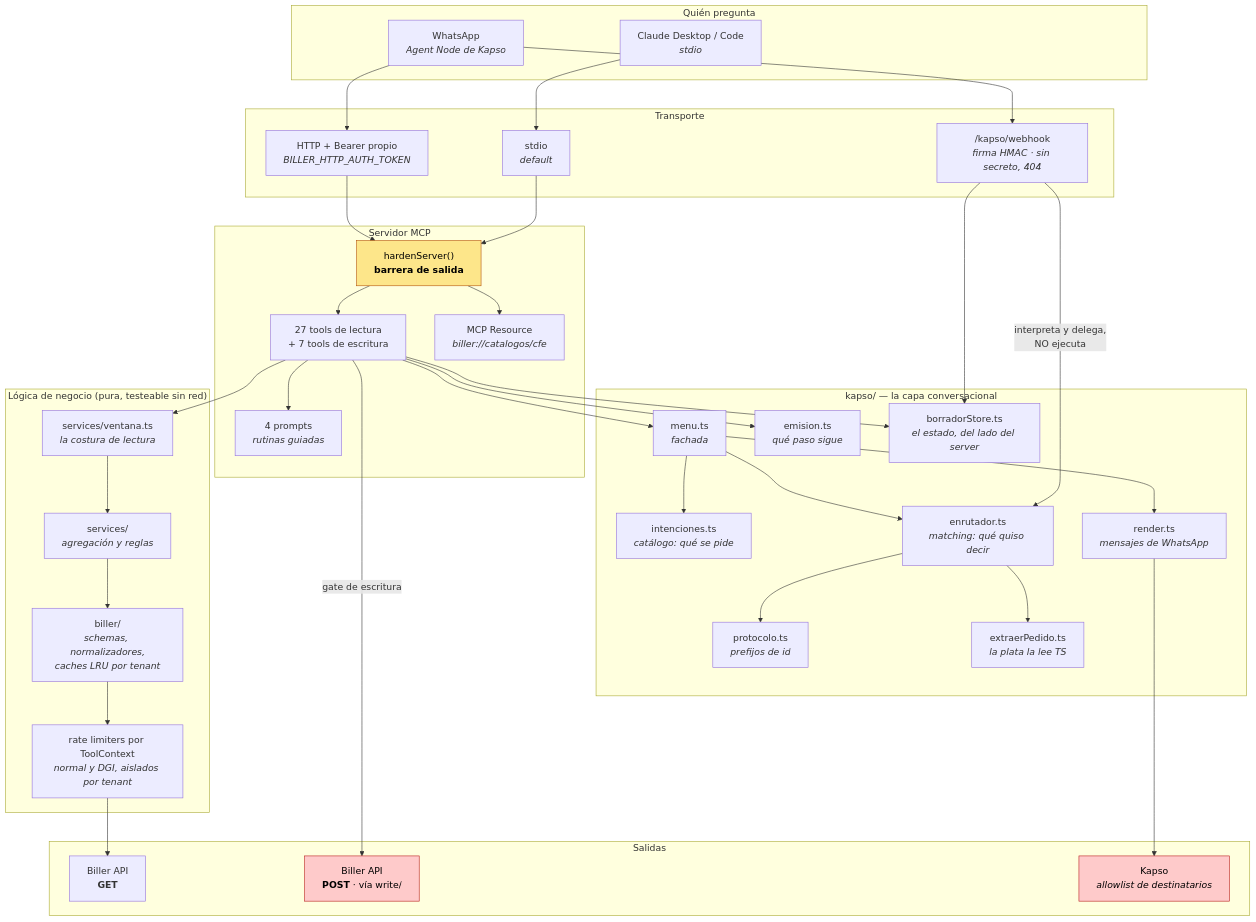
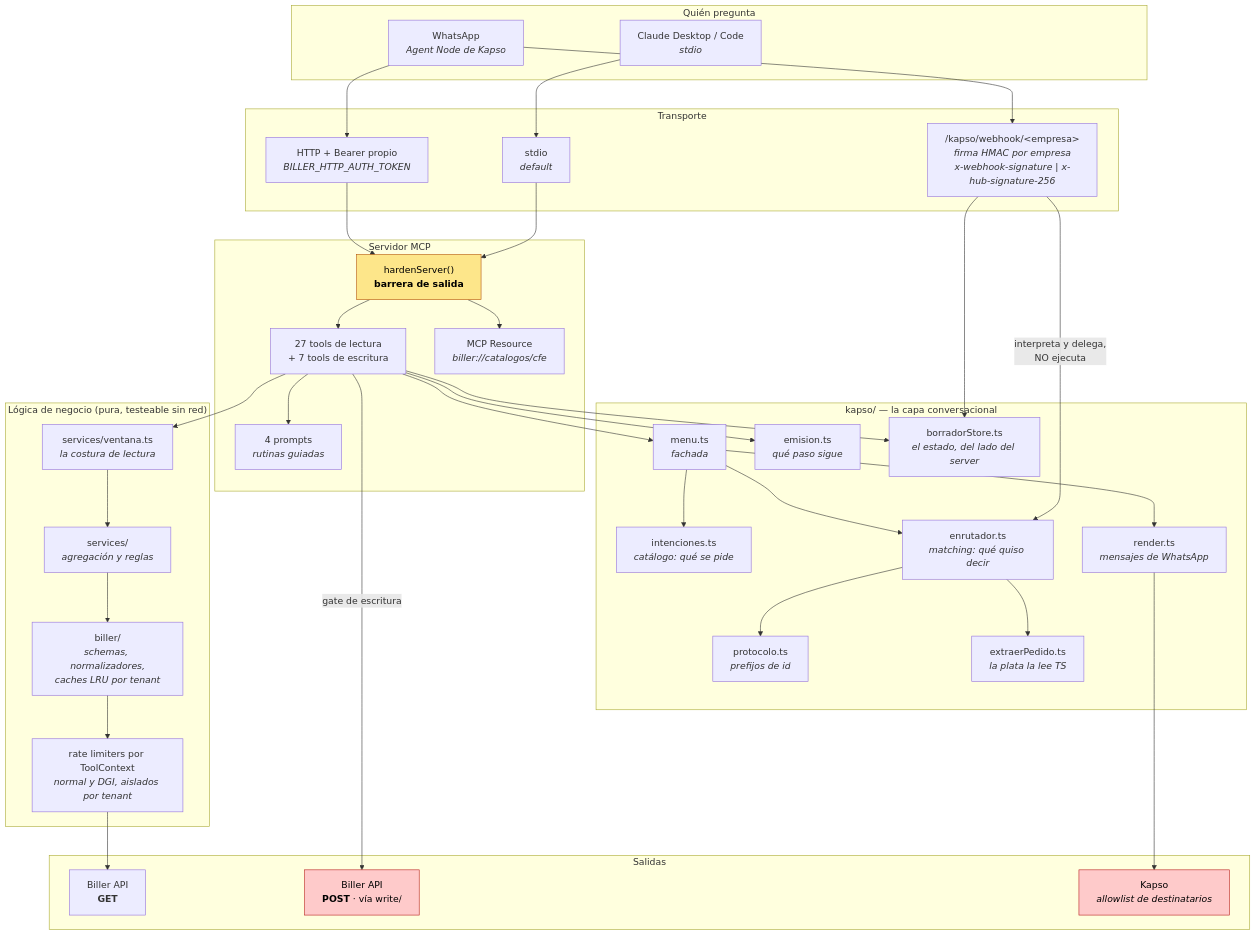
Before and after one commit to MateoFabregat/MCP_Biller: the first of 8 diagrams in docs/ARQUITECTURA.md, drawn with Mermaid. The commit also changed other lines of this file and 8 other files, not shown here.

````diff
--- a/docs/ARQUITECTURA.md
+++ b/docs/ARQUITECTURA.md
@@ -14,73 +14,73 @@
 ```mermaid
 flowchart TB
     subgraph clientes["Quién pregunta"]
         CD["Claude Desktop / Code<br/><i>stdio</i>"]
         WA["WhatsApp<br/><i>Agent Node de Kapso</i>"]
     end
 
     subgraph transporte["Transporte"]
         STDIO["stdio<br/><i>default</i>"]
         HTTP["HTTP + Bearer propio<br/><i>BILLER_HTTP_AUTH_TOKEN</i>"]
-        WH["/kapso/webhook<br/><i>firma HMAC · sin secreto, 404</i>"]
+        WH["/kapso/webhook/&lt;empresa&gt;<br/><i>firma HMAC por empresa</i><br/><i>x-webhook-signature | x-hub-signature-256</i>"]
     end
 
     subgraph server["Servidor MCP"]
         HARDEN["hardenServer()<br/><b>barrera de salida</b>"]
         TOOLS["27 tools de lectura<br/>+ 7 tools de escritura"]
         RES["MCP Resource<br/><i>biller://catalogos/cfe</i>"]
         PROMPTS["4 prompts<br/><i>rutinas guiadas</i>"]
     end
 
     subgraph conversacion["kapso/ — la capa conversacional"]
         MENU["menu.ts<br/><i>fachada</i>"]
         INTENC["intenciones.ts<br/><i>catálogo: qué se pide</i>"]
         ENRUT["enrutador.ts<br/><i>matching: qué quiso decir</i>"]
         RENDER["render.ts<br/><i>mensajes de WhatsApp</i>"]
         PROTO["protocolo.ts<br/><i>prefijos de id</i>"]
         EXTRAE["extraerPedido.ts<br/><i>la plata la lee TS</i>"]
         EMIS["emision.ts<br/><i>qué paso sigue</i>"]
         BORR["borradorStore.ts<br/><i>el estado, del lado del server</i>"]
     end
 
     subgraph logica["Lógica de negocio (pura, testeable sin red)"]
         SERV["services/<br/><i>agregación y reglas</i>"]
         VENT["services/ventana.ts<br/><i>la costura de lectura</i>"]
         SCHEMA["biller/<br/><i>schemas, normalizadores,<br/>caches LRU por tenant</i>"]
         LIMITES["rate limiters por ToolContext<br/><i>normal y DGI, aislados por tenant</i>"]
     end
 
     subgraph salida["Salidas"]
         GET["Biller API<br/><b>GET</b>"]
         POST["Biller API<br/><b>POST</b> · vía write/"]
         KAPSO["Kapso<br/><i>allowlist de destinatarios</i>"]
     end
 
     CD --> STDIO
     WA --> HTTP
     WA --> WH
     STDIO --> HARDEN
     HTTP --> HARDEN
     WH -- "interpreta y delega,<br/>NO ejecuta" --> ENRUT
     WH --> BORR
     HARDEN --> TOOLS
     HARDEN --> RES
     TOOLS --> PROMPTS
     TOOLS --> MENU
     MENU --> INTENC
     MENU --> ENRUT
     MENU --> RENDER
     ENRUT --> PROTO
     ENRUT --> EXTRAE
     TOOLS --> EMIS
     TOOLS --> BORR
     TOOLS --> VENT
     VENT --> SERV
     SERV --> SCHEMA
     SCHEMA --> LIMITES --> GET
     TOOLS -- "gate de escritura" --> POST
     RENDER --> KAPSO
 
     style HARDEN fill:#fde68a,stroke:#b45309,color:#000
     style POST fill:#fecaca,stroke:#b91c1c,color:#000
     style KAPSO fill:#fecaca,stroke:#b91c1c,color:#000
 ```
````
